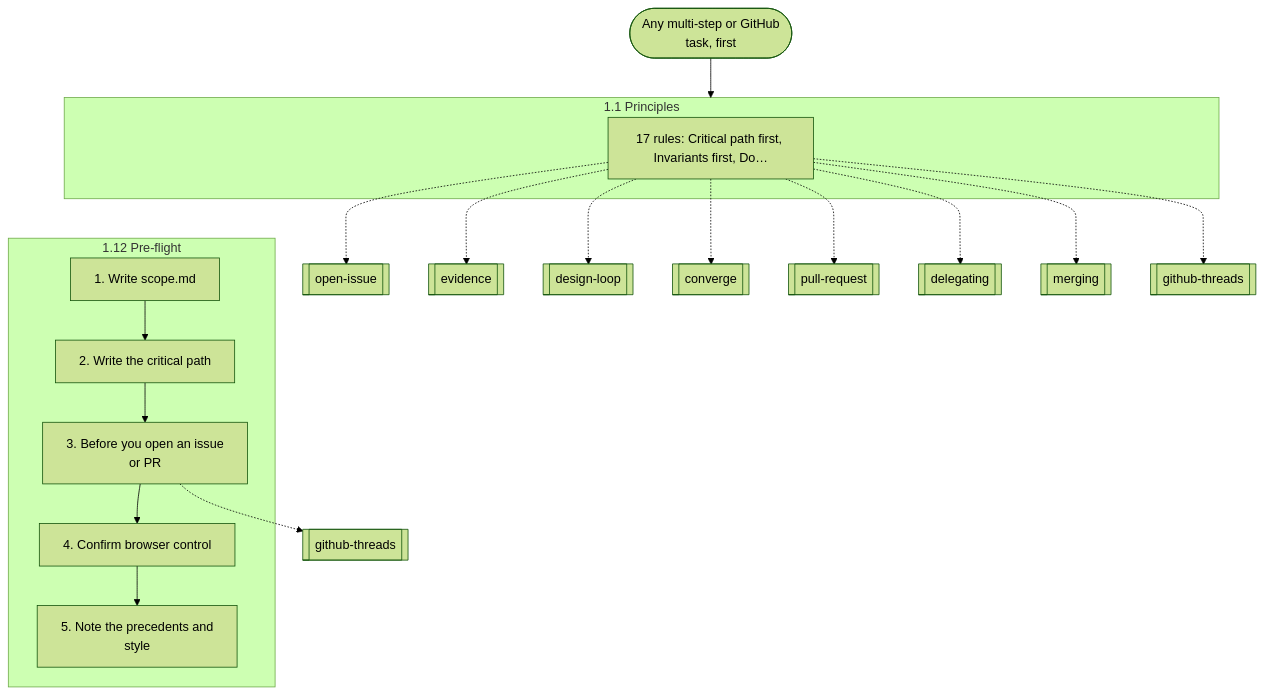
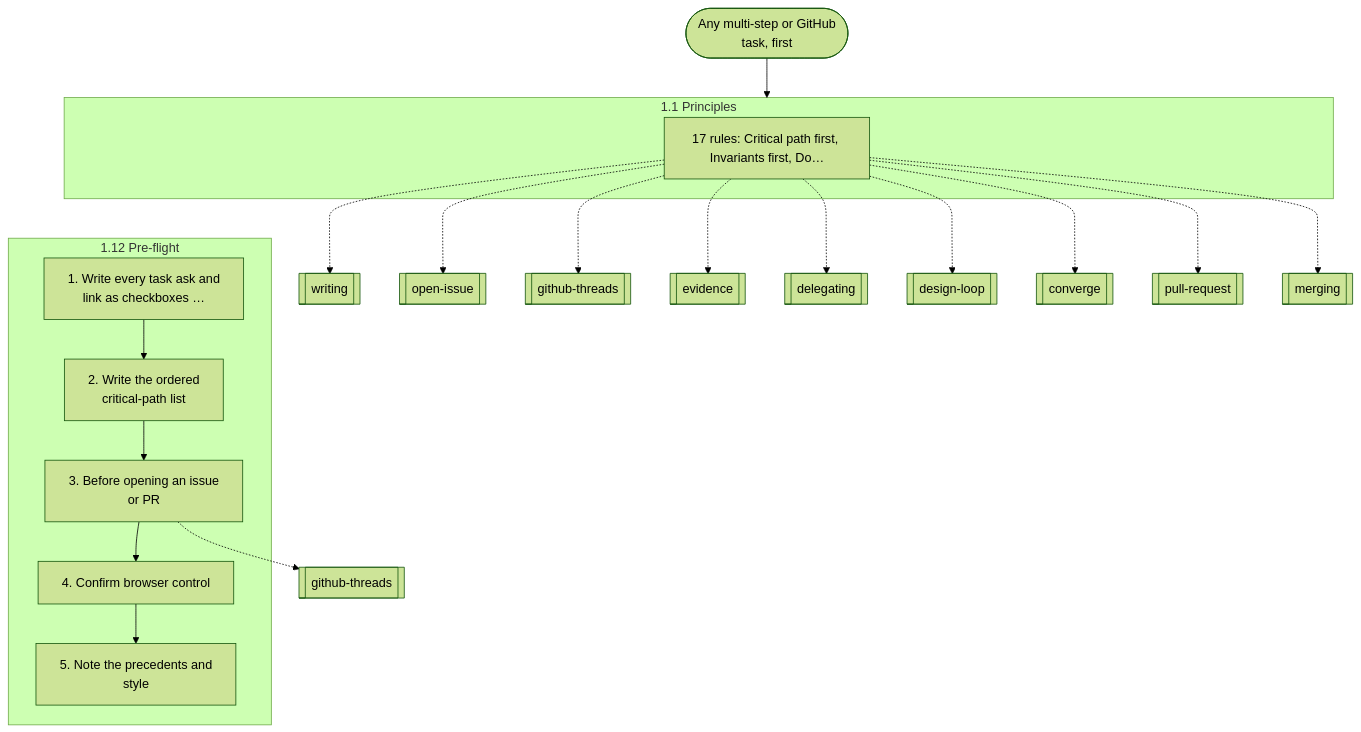
The first of 17 diagrams in docs/graphs.md (nitedani/mergeworthy), drawn with Mermaid (forest theme) before and after one commit. The commit also changed other lines of this file and 19 other files, not shown here.

````diff
--- a/docs/graphs.md
+++ b/docs/graphs.md
@@ -31,29 +31,30 @@
 ```mermaid
 flowchart TB
   start(["Any multi-step or GitHub<br/>task, first"])
   subgraph g0["1.1 Principles"]
     s0["17 rules: Critical path first, Invariants first, Do…"]
   end
-  s0 -.-> r1[["open-issue"]]
-  s0 -.-> r2[["evidence"]]
-  s0 -.-> r3[["design-loop"]]
-  s0 -.-> r4[["converge"]]
-  s0 -.-> r5[["pull-request"]]
-  s0 -.-> r6[["delegating"]]
-  s0 -.-> r7[["merging"]]
-  s0 -.-> r8[["github-threads"]]
+  s0 -.-> r1[["writing"]]
+  s0 -.-> r2[["open-issue"]]
+  s0 -.-> r3[["github-threads"]]
+  s0 -.-> r4[["evidence"]]
+  s0 -.-> r5[["delegating"]]
+  s0 -.-> r6[["design-loop"]]
+  s0 -.-> r7[["converge"]]
+  s0 -.-> r8[["pull-request"]]
+  s0 -.-> r9[["merging"]]
   subgraph g1["1.12 Pre-flight"]
-    s1["1. Write scope.md"]
-    s2["2. Write the critical path"]
+    s1["1. Write every task ask and<br/>link as checkboxes …"]
+    s2["2. Write the ordered<br/>critical-path list"]
     s1 --> s2
-    s3["3. Before you open an issue<br/>or PR"]
+    s3["3. Before opening an issue<br/>or PR"]
     s2 --> s3
     s4["4. Confirm browser control"]
     s3 --> s4
     s5["5. Note the precedents and<br/>style"]
     s4 --> s5
   end
-  s3 -.-> r9[["github-threads"]]
+  s3 -.-> r10[["github-threads"]]
   start --> g0
   g0 ~~~ g1
 ```
````
